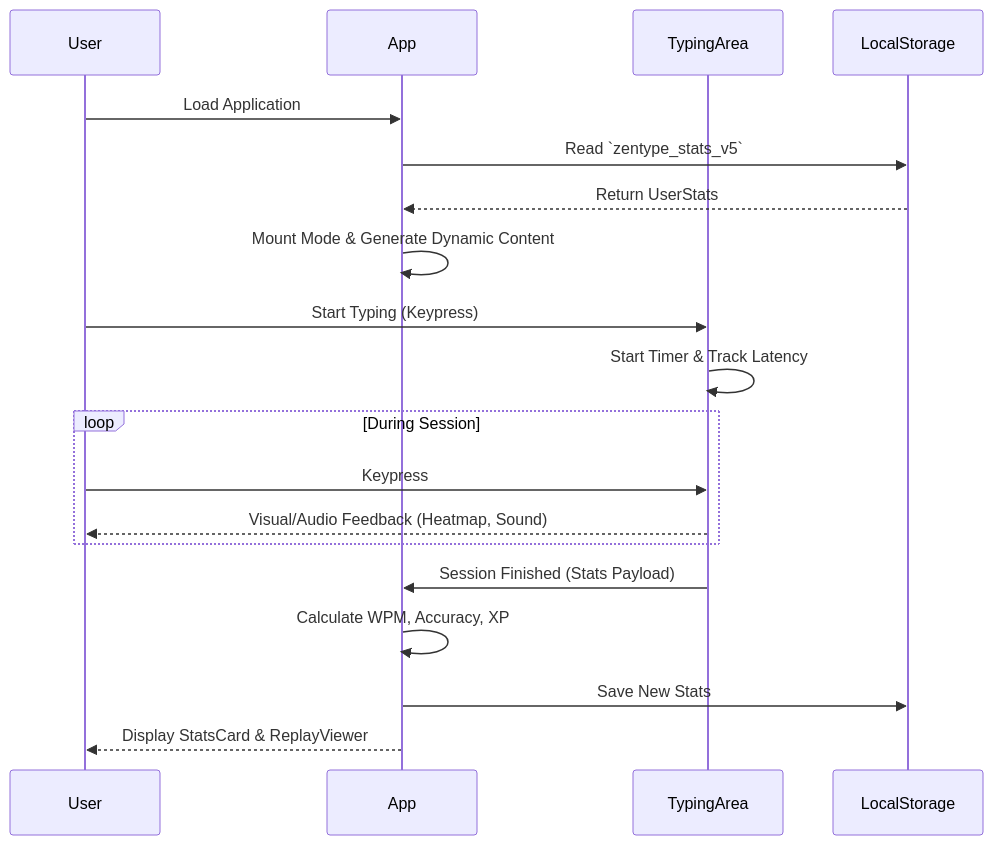
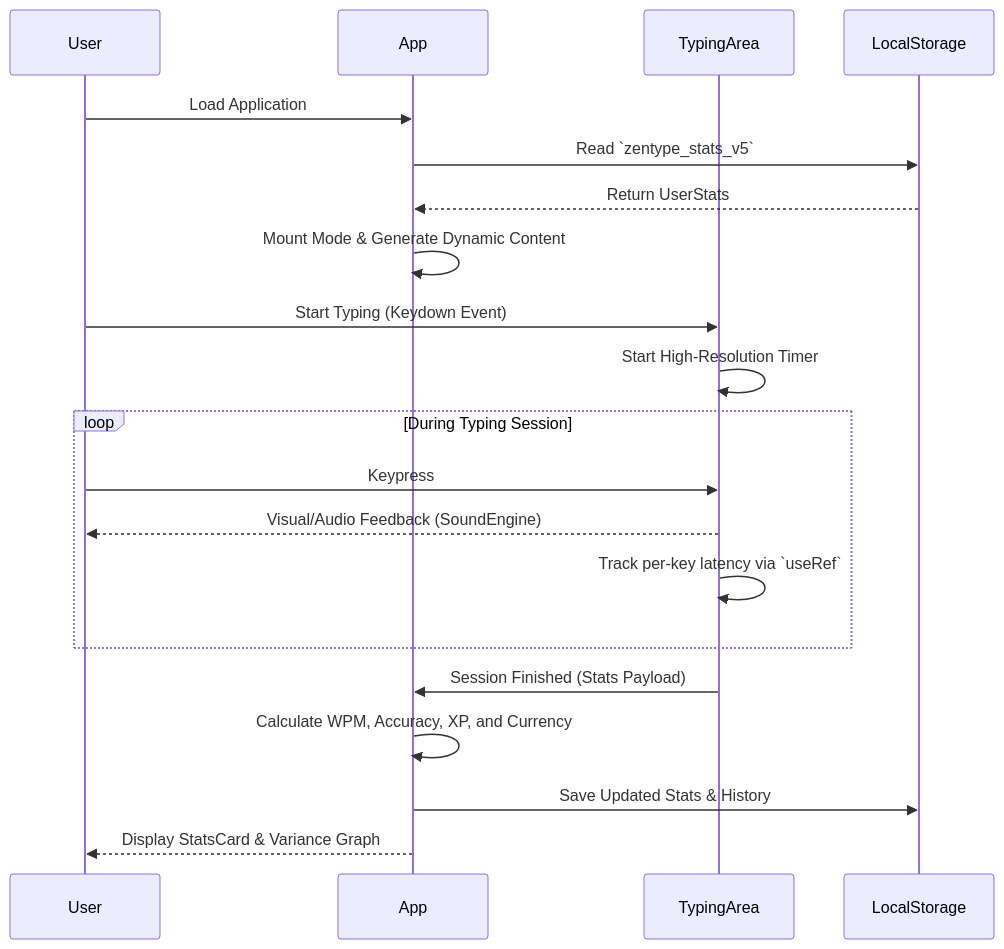
The second of 2 diagrams in README.md (Sh1vaay/ZenType-Pro), drawn with Mermaid before and after one commit. The commit also changed other lines of this file and 23 other files, not shown here.

Commit message:
refactor: implement custom hooks for state management and restructure project architecture

````diff
--- a/README.md
+++ b/README.md
@@ -59,22 +78,25 @@
 ```mermaid
 sequenceDiagram
     participant User
     participant App
     participant TypingArea
     participant LocalStorage
 
     User->>App: Load Application
     App->>LocalStorage: Read `zentype_stats_v5`
     LocalStorage-->>App: Return UserStats
     App->>App: Mount Mode & Generate Dynamic Content
-    User->>TypingArea: Start Typing (Keypress)
-    TypingArea->>TypingArea: Start Timer & Track Latency
-    loop During Session
+    User->>TypingArea: Start Typing (Keydown Event)
+    TypingArea->>TypingArea: Start High-Resolution Timer
+    
+    loop During Typing Session
         User->>TypingArea: Keypress
-        TypingArea-->>User: Visual/Audio Feedback (Heatmap, Sound)
+        TypingArea-->>User: Visual/Audio Feedback (SoundEngine)
+        TypingArea->>TypingArea: Track per-key latency via `useRef`
     end
+    
     TypingArea->>App: Session Finished (Stats Payload)
-    App->>App: Calculate WPM, Accuracy, XP
-    App->>LocalStorage: Save New Stats
-    App-->>User: Display StatsCard & ReplayViewer
+    App->>App: Calculate WPM, Accuracy, XP, and Currency
+    App->>LocalStorage: Save Updated Stats & History
+    App-->>User: Display StatsCard & Variance Graph
 ```
````
